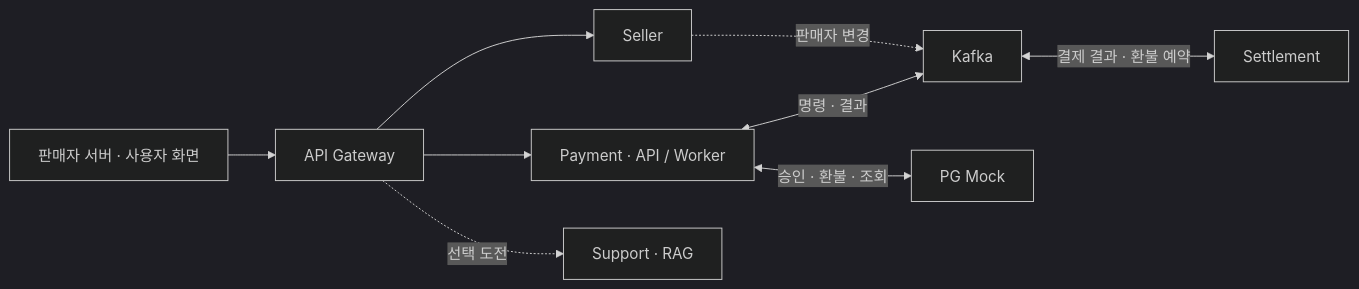
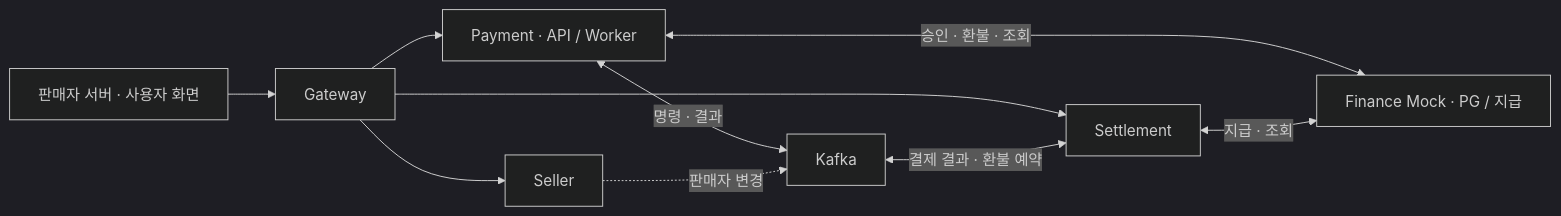
Before and after one commit to 500-internal-server-error-team/commerce-settle: the diagram in README.md, drawn with Mermaid (dark theme). The commit also changed other lines of this file and 7 other files, not shown here.

````diff
--- a/README.md
+++ b/README.md
@@ -45,11 +21,12 @@
 ```mermaid
 flowchart LR
-    C["판매자 서버 · 사용자 화면"] --> G["API Gateway"]
+    C["판매자 서버 · 사용자 화면"] --> G["Gateway"]
     G --> S["Seller"]
     G --> P["Payment · API / Worker"]
+    G --> T["Settlement"]
     P <-->|"명령 · 결과"| K["Kafka"]
-    P <-->|"승인 · 환불 · 조회"| M["PG Mock"]
-    K <-->|"결제 결과 · 환불 예약"| T["Settlement"]
+    K <-->|"결제 결과 · 환불 예약"| T
     S -. "판매자 변경" .-> K
-    G -. "선택 도전" .-> R["Support · RAG"]
+    P <-->|"승인 · 환불 · 조회"| M["Finance Mock · PG / 지급"]
+    T <-->|"지급 · 조회"| M
 ```
````
